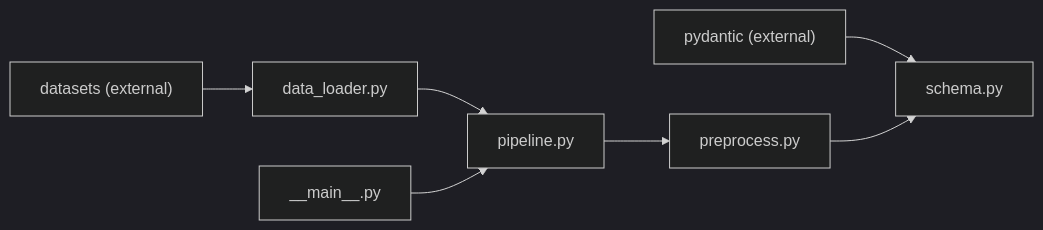
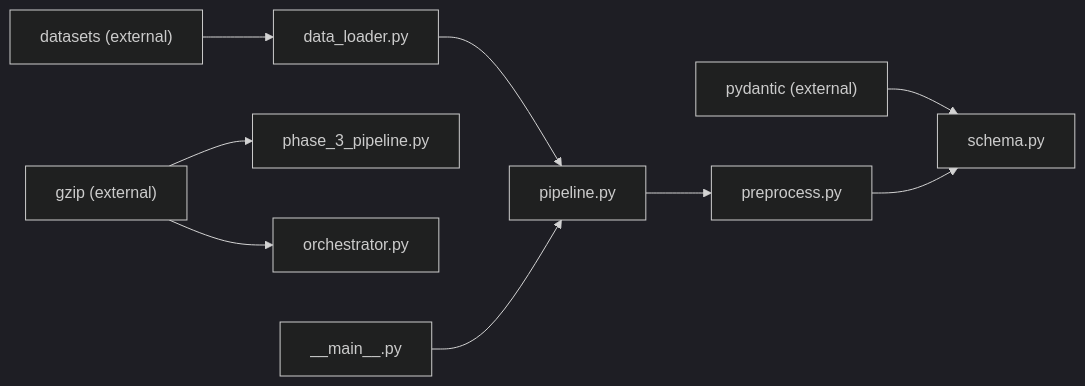
The third of 3 diagrams in .qoder/repowiki/en/content/Phase 1_ Data Foundation/Data Loading.md (ishpreetsingh252003/Zomato), drawn with Mermaid (dark theme) before and after one commit. The commit also changed other lines of this file and 48 other files, not shown here.

````diff
--- a/.qoder/repowiki/en/content/Phase 1_ Data Foundation/Data Loading.md
+++ b/.qoder/repowiki/en/content/Phase 1_ Data Foundation/Data Loading.md
@@ -282,9 +312,11 @@
 ```mermaid
 graph LR
 datasets["datasets (external)"] --> DL["data_loader.py"]
 pydantic["pydantic (external)"] --> SC["schema.py"]
+gzip["gzip (external)"] --> PH3["phase_3_pipeline.py"]
+gzip --> ORCH["orchestrator.py"]
 DL --> PL["pipeline.py"]
 PL --> PR["preprocess.py"]
 PR --> SC
 CLI["__main__.py"] --> PL
 ```
````
